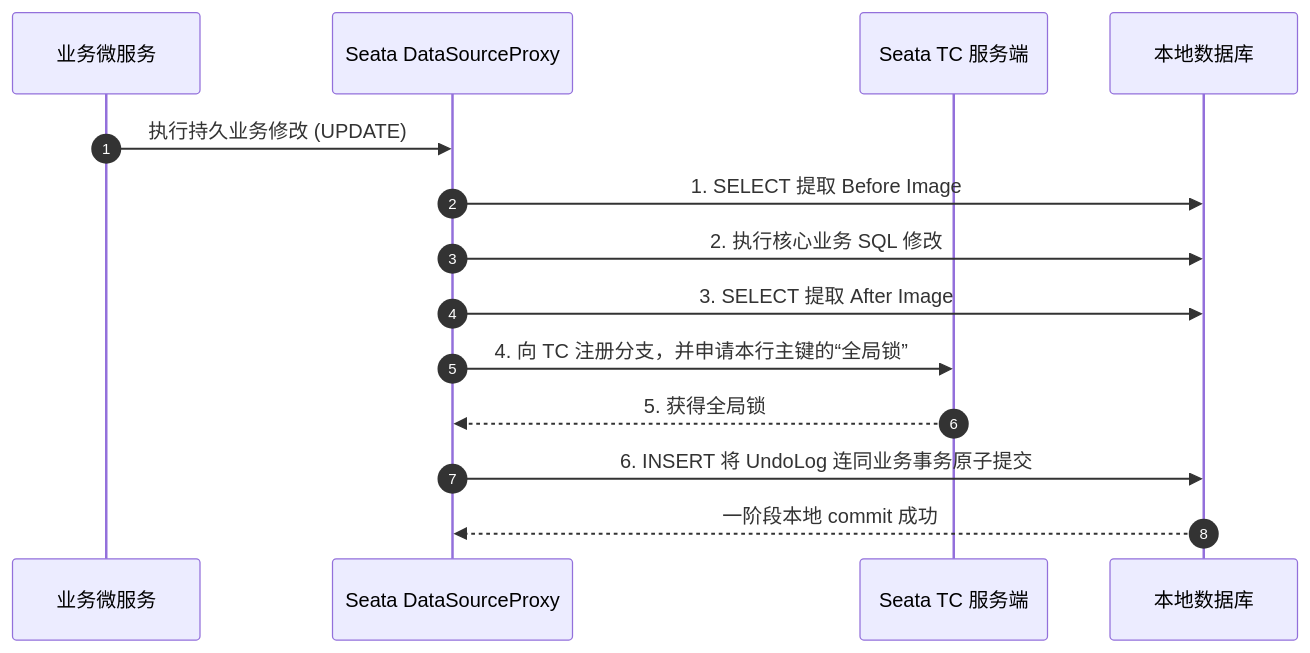
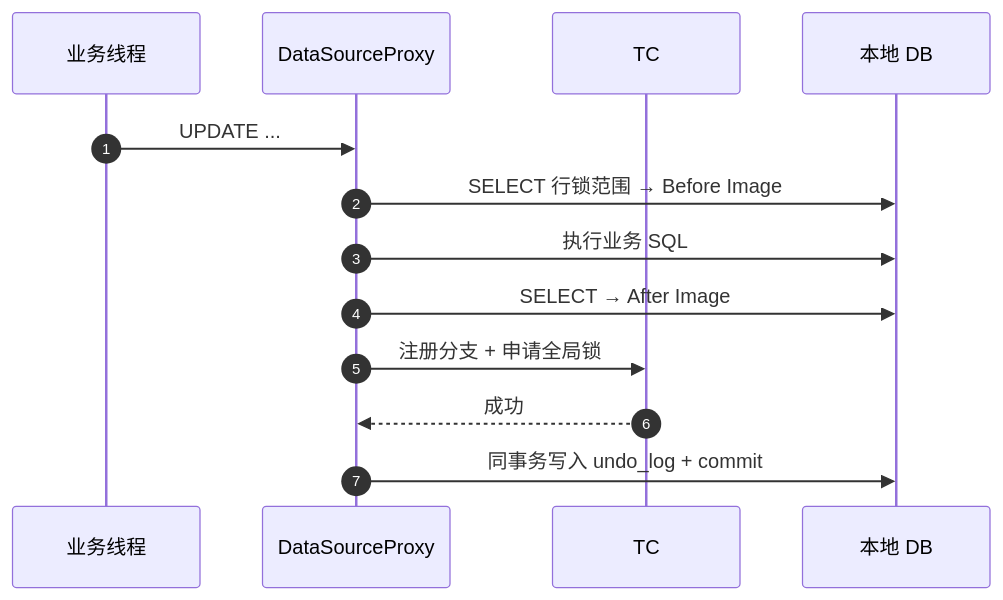
Before and after one commit to Aiden-Coding/AiDocs: the second of 3 diagrams in docs/java/spring/24-seata-at-kernel.md, drawn with Mermaid. The commit also changed other lines of this file and 21 other files, not shown here.

````diff
--- a/docs/java/spring/24-seata-at-kernel.md
+++ b/docs/java/spring/24-seata-at-kernel.md
@@ -39,17 +52,16 @@
 ```mermaid
 sequenceDiagram
     autonumber
-    participant App as 业务微服务
-    participant DP as Seata DataSourceProxy
-    participant TC as Seata TC 服务端
-    participant DB as 本地数据库
+    participant Biz as 业务线程
+    participant Proxy as DataSourceProxy
+    participant TC as TC
+    participant DB as 本地 DB
 
-    App->>DP: 执行持久业务修改 (UPDATE)
-    DP->>DB: 1. SELECT 提取 Before Image
-    DP->>DB: 2. 执行核心业务 SQL 修改
-    DP->>DB: 3. SELECT 提取 After Image
-    DP->>TC: 4. 向 TC 注册分支，并申请本行主键的“全局锁”
-    TC-->>DP: 5. 获得全局锁
-    DP->>DB: 6. INSERT 将 UndoLog 连同业务事务原子提交
-    DB-->>DP: 一阶段本地 commit 成功
+    Biz->>Proxy: UPDATE ...
+    Proxy->>DB: SELECT 行锁范围 → Before Image
+    Proxy->>DB: 执行业务 SQL
+    Proxy->>DB: SELECT → After Image
+    Proxy->>TC: 注册分支 + 申请全局锁
+    TC-->>Proxy: 成功
+    Proxy->>DB: 同事务写入 undo_log + commit
 ```
````
